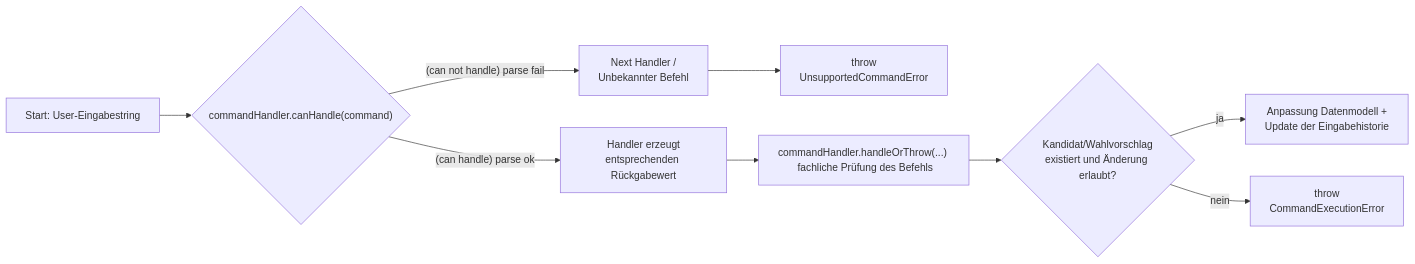
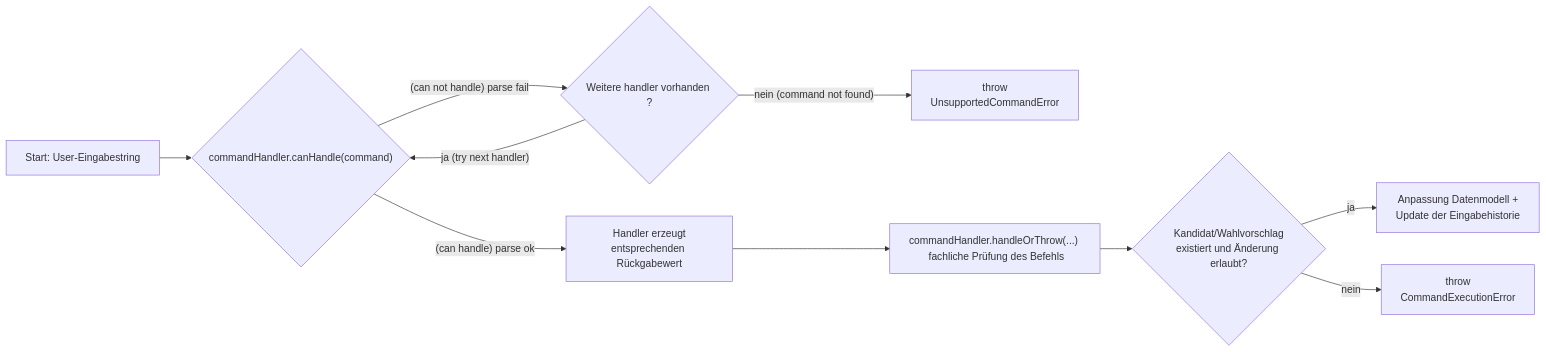
Before and after one commit to it-at-m/Wahllokalsystem: the fourth of 4 diagrams in docs/src/dse/index.md, drawn with Mermaid.

Commit message:
#3358 re-add missing try next handler connection

````diff
--- a/docs/src/dse/index.md
+++ b/docs/src/dse/index.md
@@ -148,14 +148,16 @@
 ```mermaid
 flowchart LR
     A["Start: User-Eingabestring"] --> B{"commandHandler.canHandle(command)"}
 
-    B -->|"(can not handle) parse fail"| C["Next Handler /<br/>Unbekannter Befehl"]
-    C --> D["throw<br/>UnsupportedCommandError"]
+    B -->|"(can not handle) parse fail"| C{"Weitere handler vorhanden ?"}
+    
+    C -->|"ja (try next handler)"| B
+    C -->|"nein (command not found)"| D["throw<br/>UnsupportedCommandError"]
     
     B -->|"(can handle) parse ok"| E["Handler erzeugt<br/>entsprechenden Rückgabewert"]
     E --> F["commandHandler.handleOrThrow(...) <br/> fachliche Prüfung des Befehls"]
     F --> G{"Kandidat/Wahlvorschlag<br/>existiert und Änderung erlaubt?"}
 
     G -->|ja| H["Anpassung Datenmodell +<br/>Update der Eingabehistorie"]
     G -->|nein| J["throw <br/> CommandExecutionError"]
 ```
````
